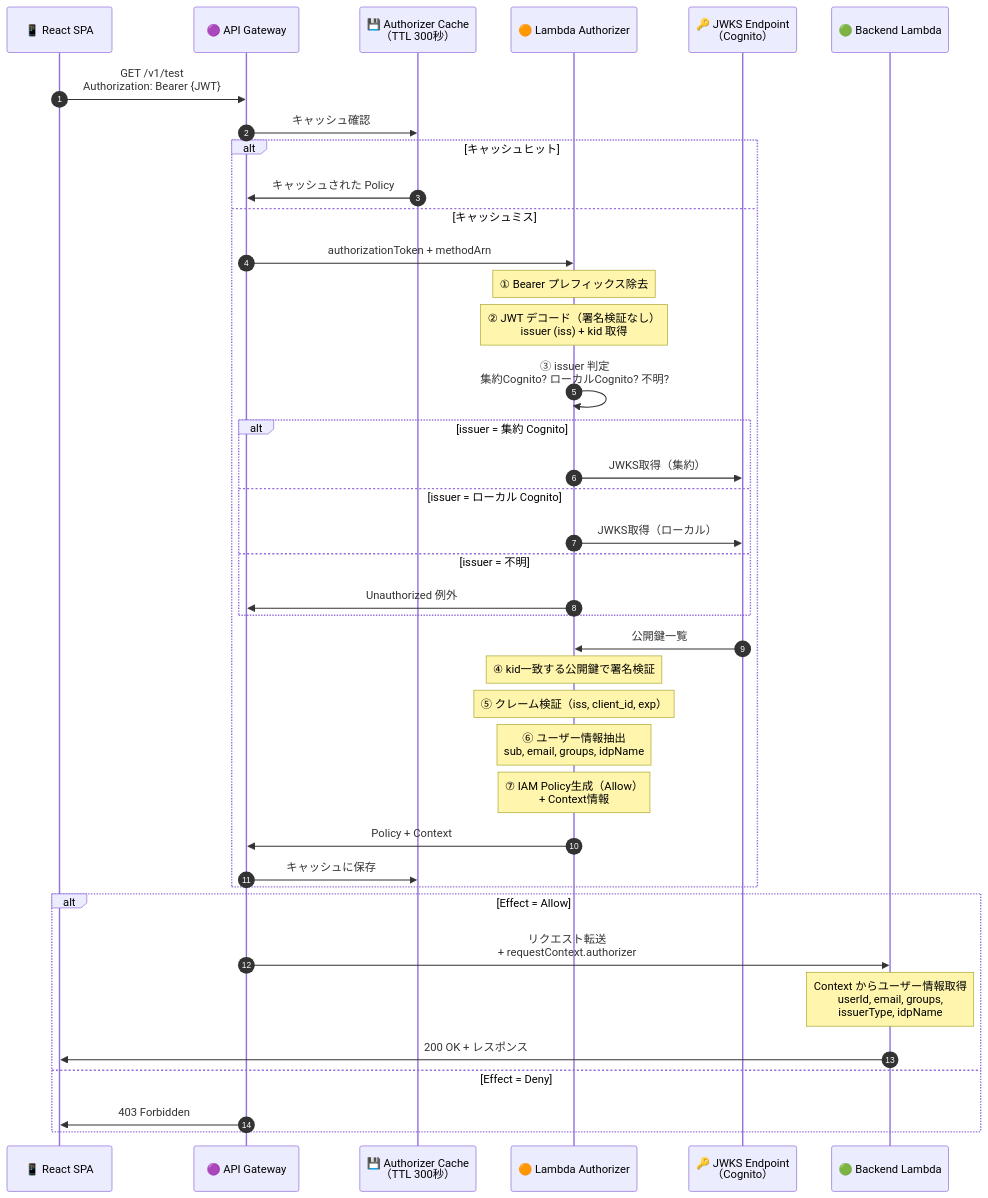
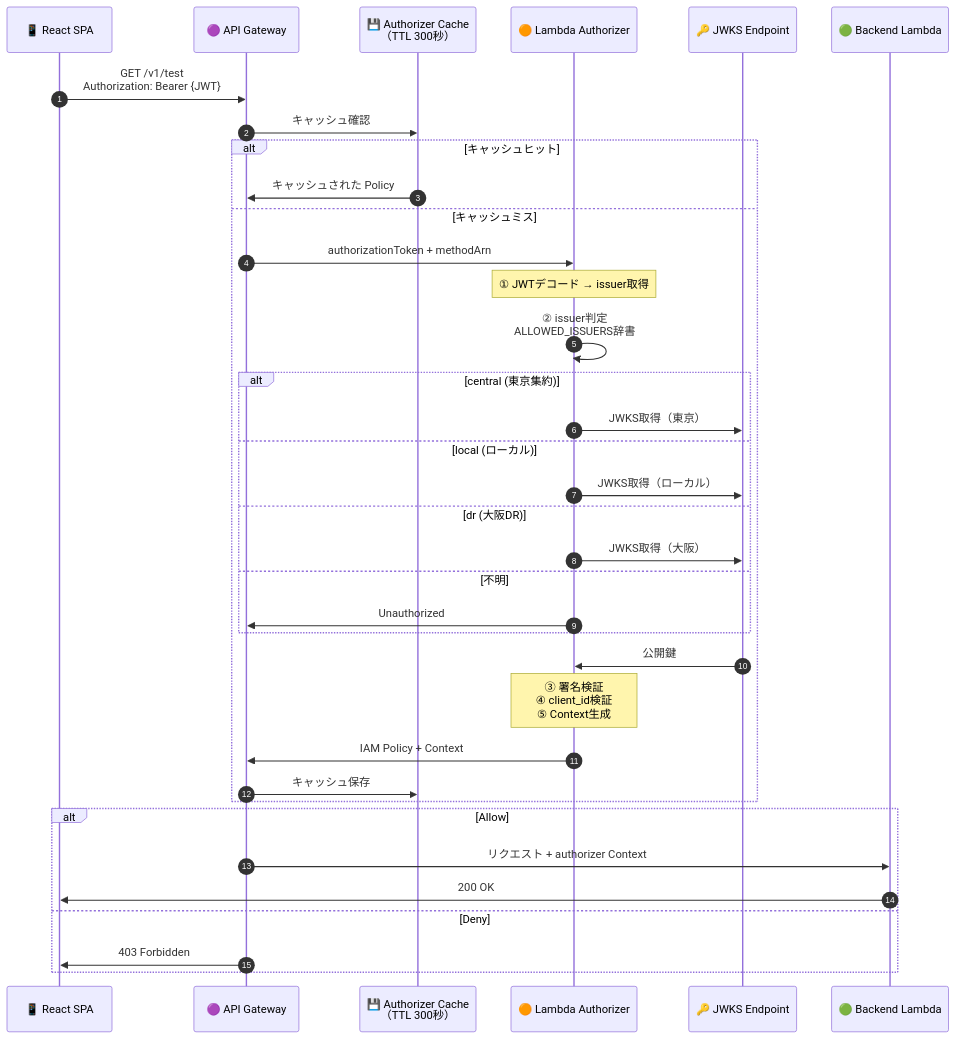
The second of 5 diagrams in doc/design/auth-flow.md (suepie/aws-atuh-poc), drawn with Mermaid before and after one commit. The commit also changed other lines of this file and 10 other files, not shown here.

````diff
--- a/doc/design/auth-flow.md
+++ b/doc/design/auth-flow.md
@@ -116,50 +57,46 @@
 ```mermaid
 sequenceDiagram
     autonumber
     participant SPA as 📱 React SPA
     participant APIGW as 🟣 API Gateway
     participant Cache as 💾 Authorizer Cache<br/>（TTL 300秒）
     participant Lambda as 🟠 Lambda Authorizer
-    participant JWKS as 🔑 JWKS Endpoint<br/>（Cognito）
+    participant JWKS as 🔑 JWKS Endpoint
     participant Backend as 🟢 Backend Lambda
 
     SPA->>APIGW: GET /v1/test<br/>Authorization: Bearer {JWT}
     APIGW->>Cache: キャッシュ確認
 
     alt キャッシュヒット
         Cache->>APIGW: キャッシュされた Policy
     else キャッシュミス
         APIGW->>Lambda: authorizationToken + methodArn
 
-        Note over Lambda: ① Bearer プレフィックス除去
-        Note over Lambda: ② JWT デコード（署名検証なし）<br/>issuer (iss) + kid 取得
+        Note over Lambda: ① JWTデコード → issuer取得
 
-        Lambda->>Lambda: ③ issuer 判定<br/>集約Cognito? ローカルCognito? 不明?
+        Lambda->>Lambda: ② issuer判定<br/>ALLOWED_ISSUERS辞書
 
-        alt issuer = 集約 Cognito
-            Lambda->>JWKS: JWKS取得（集約）
-        else issuer = ローカル Cognito
+        alt central (東京集約)
+            Lambda->>JWKS: JWKS取得（東京）
+        else local (ローカル)
             Lambda->>JWKS: JWKS取得（ローカル）
-        else issuer = 不明
-            Lambda->>APIGW: Unauthorized 例外
+        else dr (大阪DR)
+            Lambda->>JWKS: JWKS取得（大阪）
+        else 不明
+            Lambda->>APIGW: Unauthorized
         end
 
-        JWKS->>Lambda: 公開鍵一覧
+        JWKS->>Lambda: 公開鍵
+        Note over Lambda: ③ 署名検証<br/>④ client_id検証<br/>⑤ Context生成
 
-        Note over Lambda: ④ kid一致する公開鍵で署名検証
-        Note over Lambda: ⑤ クレーム検証（iss, client_id, exp）
-        Note over Lambda: ⑥ ユーザー情報抽出<br/>sub, email, groups, idpName
-        Note over Lambda: ⑦ IAM Policy生成（Allow）<br/>+ Context情報
-
-        Lambda->>APIGW: Policy + Context
-        APIGW->>Cache: キャッシュに保存
+        Lambda->>APIGW: IAM Policy + Context
+        APIGW->>Cache: キャッシュ保存
     end
 
-    alt Effect = Allow
-        APIGW->>Backend: リクエスト転送<br/>+ requestContext.authorizer
-        Note over Backend: Context からユーザー情報取得<br/>userId, email, groups,<br/>issuerType, idpName
-        Backend->>SPA: 200 OK + レスポンス
-    else Effect = Deny
+    alt Allow
+        APIGW->>Backend: リクエスト + authorizer Context
+        Backend->>SPA: 200 OK
+    else Deny
         APIGW->>SPA: 403 Forbidden
     end
 ```
````
